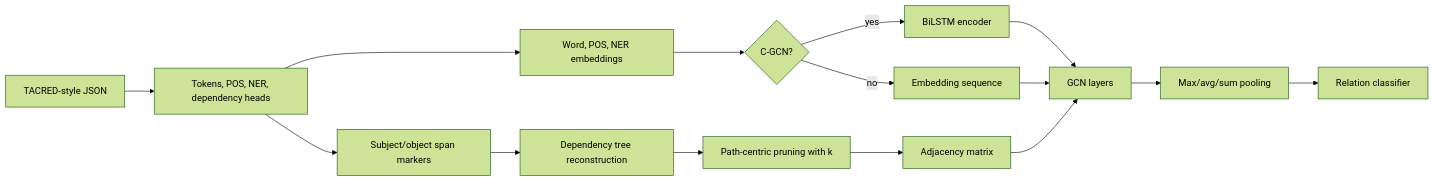
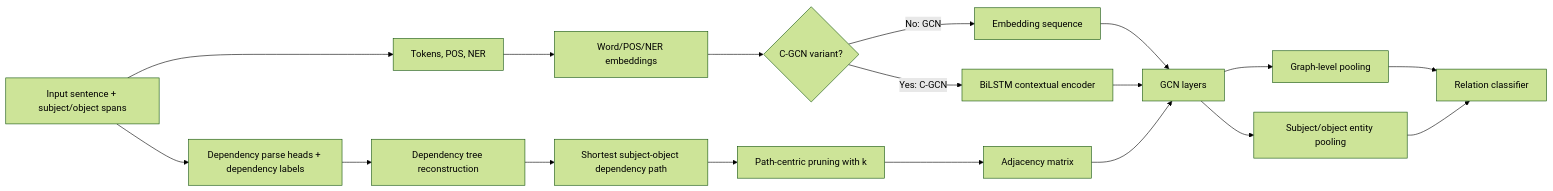
One commit to Nour-Ghribi/syntax-aware-relation-extraction-gcn changed the diagram in README.md. Above: the diagram before and after it, drawn with Mermaid (forest theme). The commit also changed other lines of this file and 8 other files, not shown here.

Commit message:
Add portfolio analysis and architecture reports

````diff
--- a/README.md
+++ b/README.md
@@ -29,17 +38,20 @@
 ```mermaid
 flowchart LR
-    A[TACRED-style JSON] --> B[Tokens, POS, NER, dependency heads]
-    B --> C[Subject/object span markers]
-    C --> D[Dependency tree reconstruction]
-    D --> E[Path-centric pruning with k]
-    E --> F[Adjacency matrix]
-    B --> G[Word, POS, NER embeddings]
-    G --> H{C-GCN?}
-    H -->|yes| I[BiLSTM encoder]
-    H -->|no| J[Embedding sequence]
-    I --> K[GCN layers]
-    J --> K
-    F --> K
-    K --> L[Max/avg/sum pooling]
-    L --> M[Relation classifier]
+    A[Input sentence + subject/object spans] --> B[Tokens, POS, NER]
+    A --> C[Dependency parse heads + dependency labels]
+    B --> D[Word/POS/NER embeddings]
+    C --> E[Dependency tree reconstruction]
+    E --> F[Shortest subject-object dependency path]
+    F --> G[Path-centric pruning with k]
+    G --> H[Adjacency matrix]
+    D --> I{C-GCN variant?}
+    I -->|No: GCN| J[Embedding sequence]
+    I -->|Yes: C-GCN| K[BiLSTM contextual encoder]
+    J --> L[GCN layers]
+    K --> L
+    H --> L
+    L --> M[Graph-level pooling]
+    L --> N[Subject/object entity pooling]
+    M --> O[Relation classifier]
+    N --> O
 ```
````
